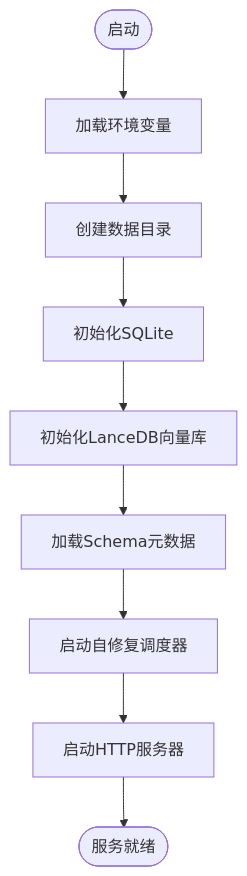
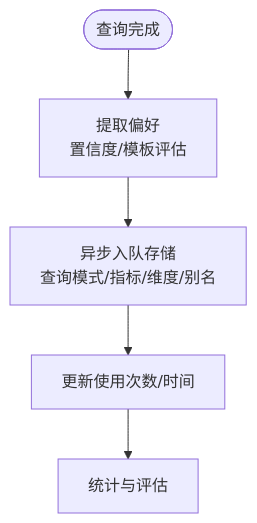
One commit to HanHuiOnLine/724-office changed the sixth of 11 diagrams in NL2SQL/.qoder/repowiki/zh/content/系统架构/系统架构.md. Above: the diagram before and after it, drawn with Mermaid. The commit also changed other lines of this file and 170 other files, not shown here.

````diff
--- a/NL2SQL/.qoder/repowiki/zh/content/系统架构/系统架构.md
+++ b/NL2SQL/.qoder/repowiki/zh/content/系统架构/系统架构.md
@@ -166,11 +259,7 @@
 ```mermaid
 flowchart TD
-Start(["启动"]) --> LoadEnv["加载环境变量"]
-LoadEnv --> InitDirs["创建数据目录"]
-InitDirs --> InitDB["初始化SQLite"]
-InitDB --> InitVec["初始化LanceDB向量库"]
-InitVec --> LoadSchema["加载Schema元数据"]
-LoadSchema --> StartSelfRepair["启动自修复调度器"]
-StartSelfRepair --> StartHTTP["启动HTTP服务器"]
-StartHTTP --> Ready(["服务就绪"])
+QStart(["查询完成"]) --> Extract["提取偏好<br/>置信度/模板评估"]
+Extract --> Store["异步入队存储<br/>查询模式/指标/维度/别名"]
+Store --> Update["更新使用次数/时间"]
+Update --> Stats["统计与评估"]
 ```
````
